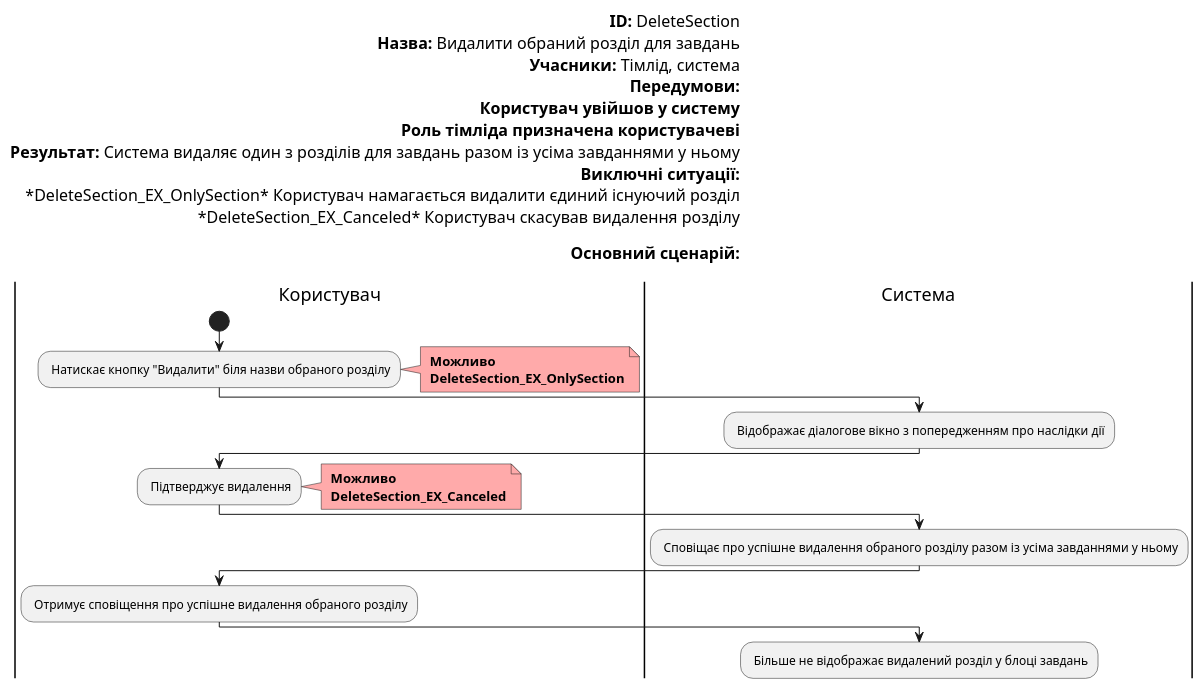
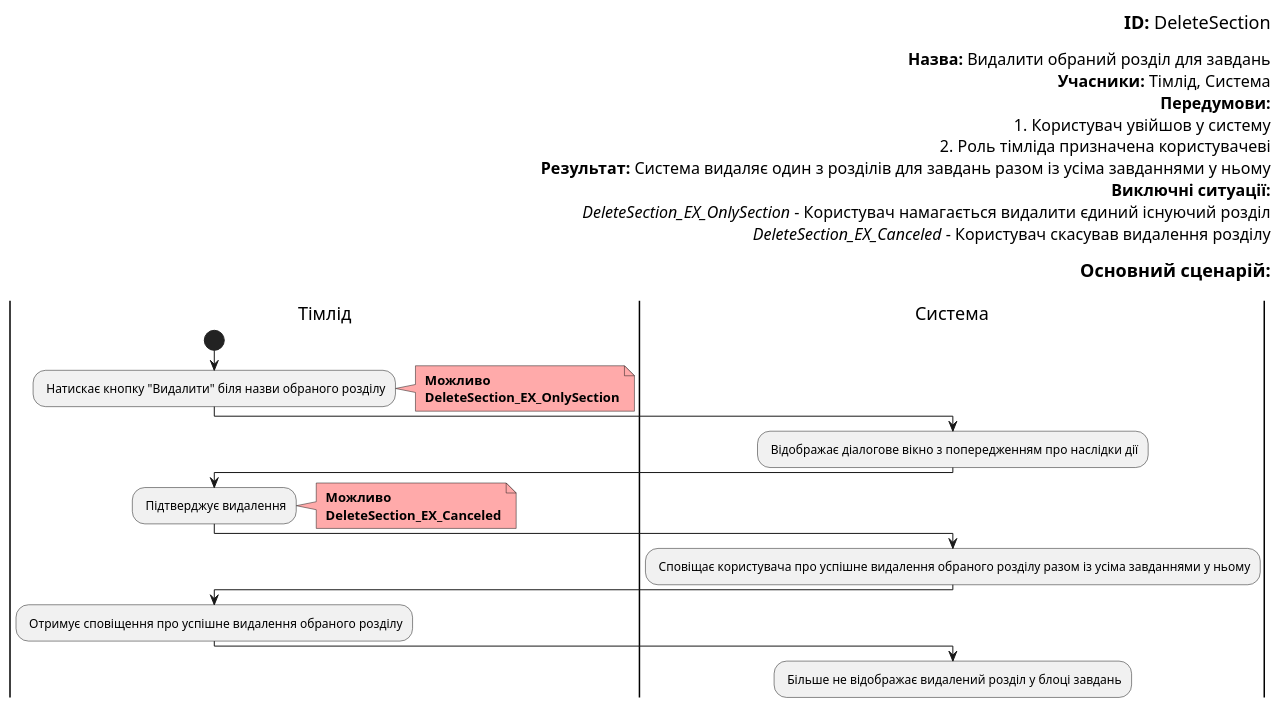
Diagram 11 of 19 in docs/use cases/README.md (boldak/edu-db-cw), drawn with PlantUML before and after one commit. The commit also changed other lines of this file, not shown here.

```diff
--- a/docs/use cases/README.md
+++ b/docs/use cases/README.md
@@ -611,46 +611,47 @@
 @startuml
 
-    left header        
-        <font color=000 size=16><b>ID:</b> DeleteSection
+    right header        
+        <font color=000 size=18><b>ID:</b> DeleteSection
+
         <font color=000 size=16><b>Назва:</b> Видалити обраний розділ для завдань
-        <font color=000 size=16><b>Учасники:</b> Тімлід, система
+        <font color=000 size=16><b>Учасники:</b> Тімлід, Система
         <font color=000 size=16><b>Передумови:</b> 
-        <font color=000 size=16><b> Користувач увійшов у систему
-        <font color=000 size=16><b> Роль тімліда призначена користувачеві
+        <font color=000 size=16>1. Користувач увійшов у систему
+        <font color=000 size=16>2. Роль тімліда призначена користувачеві
         <font color=000 size=16><b>Результат:</b> Система видаляє один з розділів для завдань разом із усіма завданнями у ньому
         <font color=000 size=16><b>Виключні ситуації:</b>
-        <font color=000 size=16> *DeleteSection_EX_OnlySection* Користувач намагається видалити єдиний існуючий розділ
-        <font color=000 size=16> *DeleteSection_EX_Canceled* Користувач скасував видалення розділу
+        <font color=000 size=16> <i>DeleteSection_EX_OnlySection</i> - Користувач намагається видалити єдиний існуючий розділ
+        <font color=000 size=16><i>DeleteSection_EX_Canceled</i> - Користувач скасував видалення розділу
 
-        <font color=000 size=16><b>Основний сценарій:</b>
+        <font color=000 size=18><b>Основний сценарій:</b>
         
     end header
 
-    |Користувач|
+    |Тімлід|
         start
         : Натискає кнопку "Видалити" біля назви обраного розділу;
         note right #ffaaaa
         <b> Можливо
         <b> DeleteSection_EX_OnlySection
         end note
 
     |Система|
         : Відображає діалогове вікно з попередженням про наслідки дії;
 
-    |Користувач|
+    |Тімлід|
         : Підтверджує видалення;
         note right #ffaaaa
         <b> Можливо
         <b> DeleteSection_EX_Canceled
         end note
 
     |Система|
-        : Сповіщає про успішне видалення обраного розділу разом із усіма завданнями у ньому;
+        : Сповіщає користувача про успішне видалення обраного розділу разом із усіма завданнями у ньому;
 
-    |Користувач|
+    |Тімлід|
         : Отримує сповіщення про успішне видалення обраного розділу;  
 
     |Система|
         : Більше не відображає видалений розділ у блоці завдань;  
 
 @enduml
```
